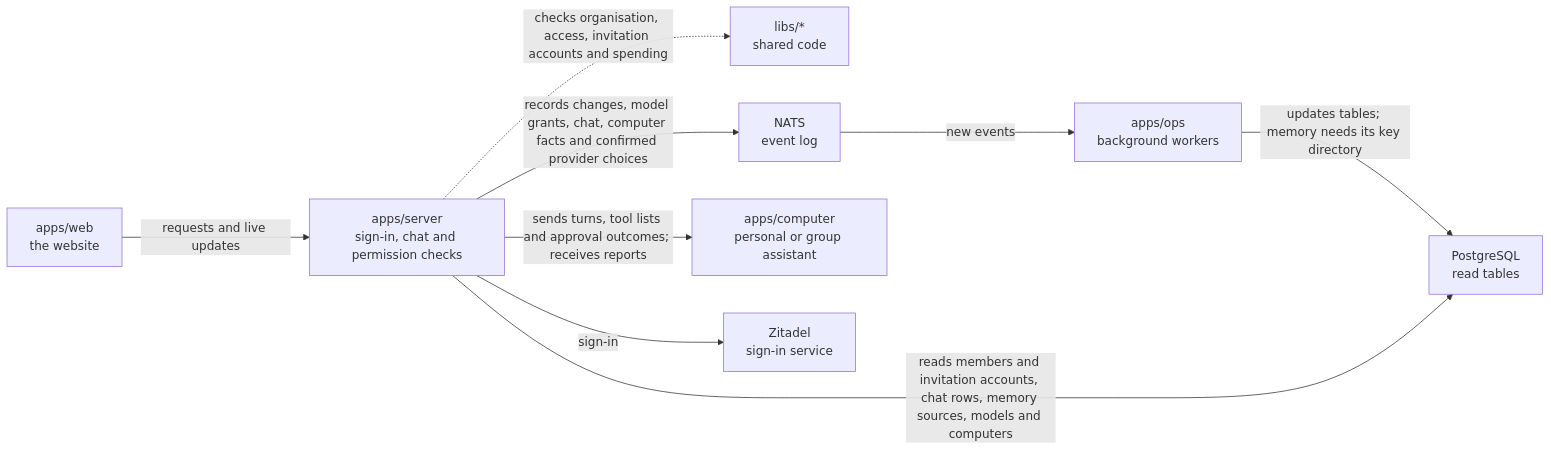
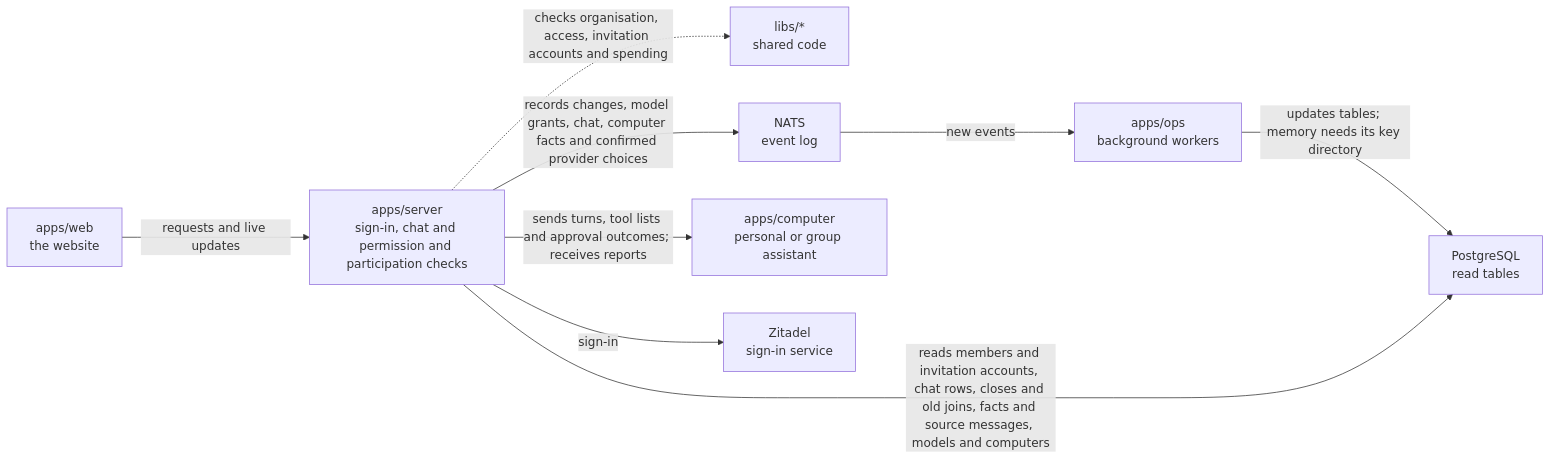
One commit to elewa-git/opencrane-new changed the diagram in apps/server/README.md. Above: the diagram before and after it, drawn with Mermaid. The commit also changed other lines of this file and 35 other files, not shown here.

First line of the commit message:
🚪 Removed chat participants lose live, history, file, viewer and approval access within two seconds (#295) (#295)

````diff
--- a/apps/server/README.md
+++ b/apps/server/README.md
@@ -11,11 +11,11 @@
 ```mermaid
 flowchart LR
-  web["apps/web<br/>the website"] -->|requests and live updates| server["apps/server<br/>sign-in, chat and permission checks"]
+  web["apps/web<br/>the website"] -->|requests and live updates| server["apps/server<br/>sign-in, chat and permission and participation checks"]
   server -.->|checks organisation, access, invitation accounts and spending| libs["libs/*<br/>shared code"]
   server -->|records changes, model grants, chat, computer facts and confirmed provider choices| nats["NATS<br/>event log"]
   nats -->|new events| ops["apps/ops<br/>background workers"]
   ops -->|updates tables; memory needs its key directory| postgres["PostgreSQL<br/>read tables"]
-  server -->|reads members and invitation accounts, chat rows, memory sources, models and computers| postgres
+  server -->|reads members and invitation accounts, chat rows, closes and old joins, facts and source messages, models and computers| postgres
   server -->|sends turns, tool lists and approval outcomes; receives reports| computer["apps/computer<br/>personal or group assistant"]
   server -->|sign-in| zitadel["Zitadel<br/>sign-in service"]
 ```
````
